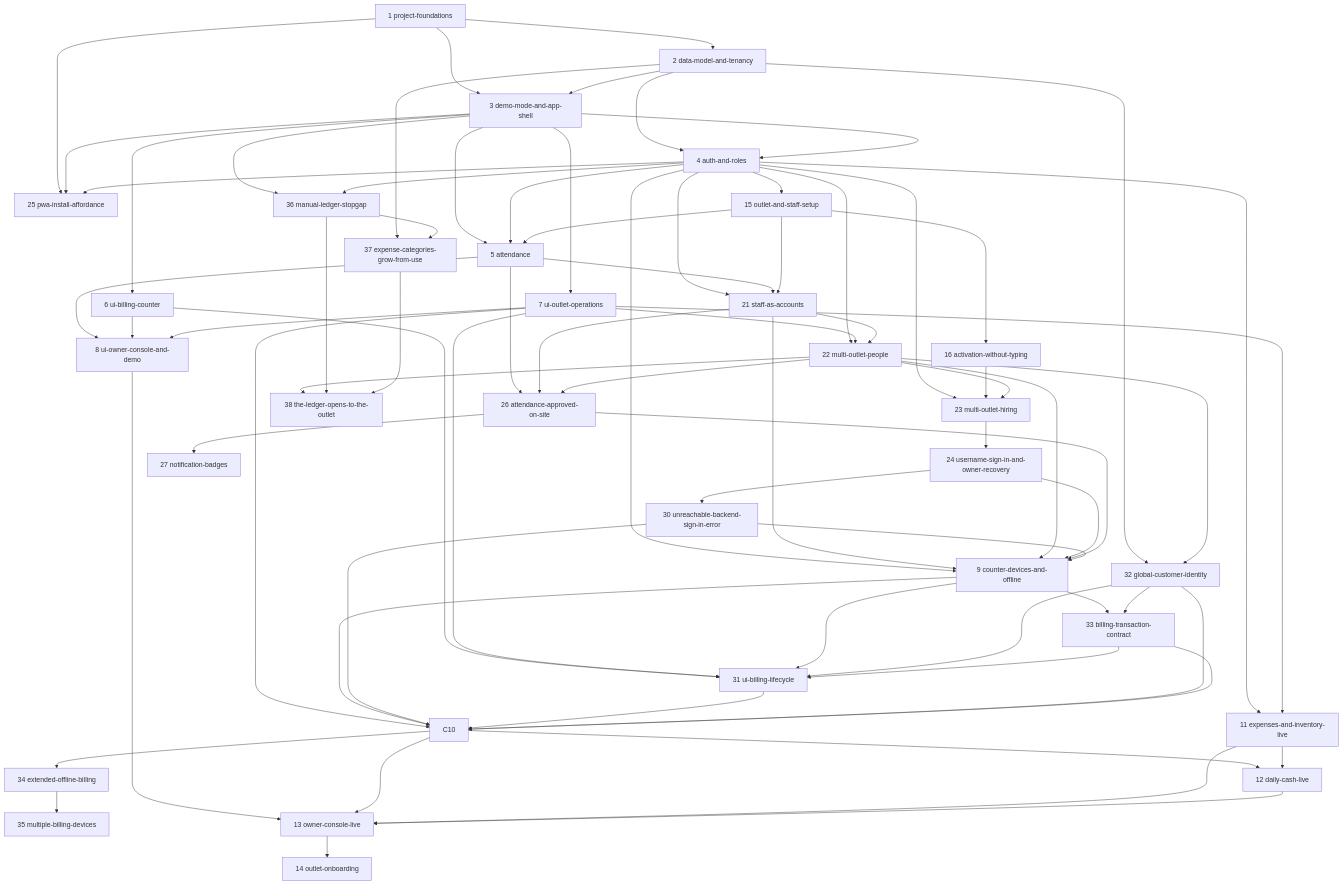
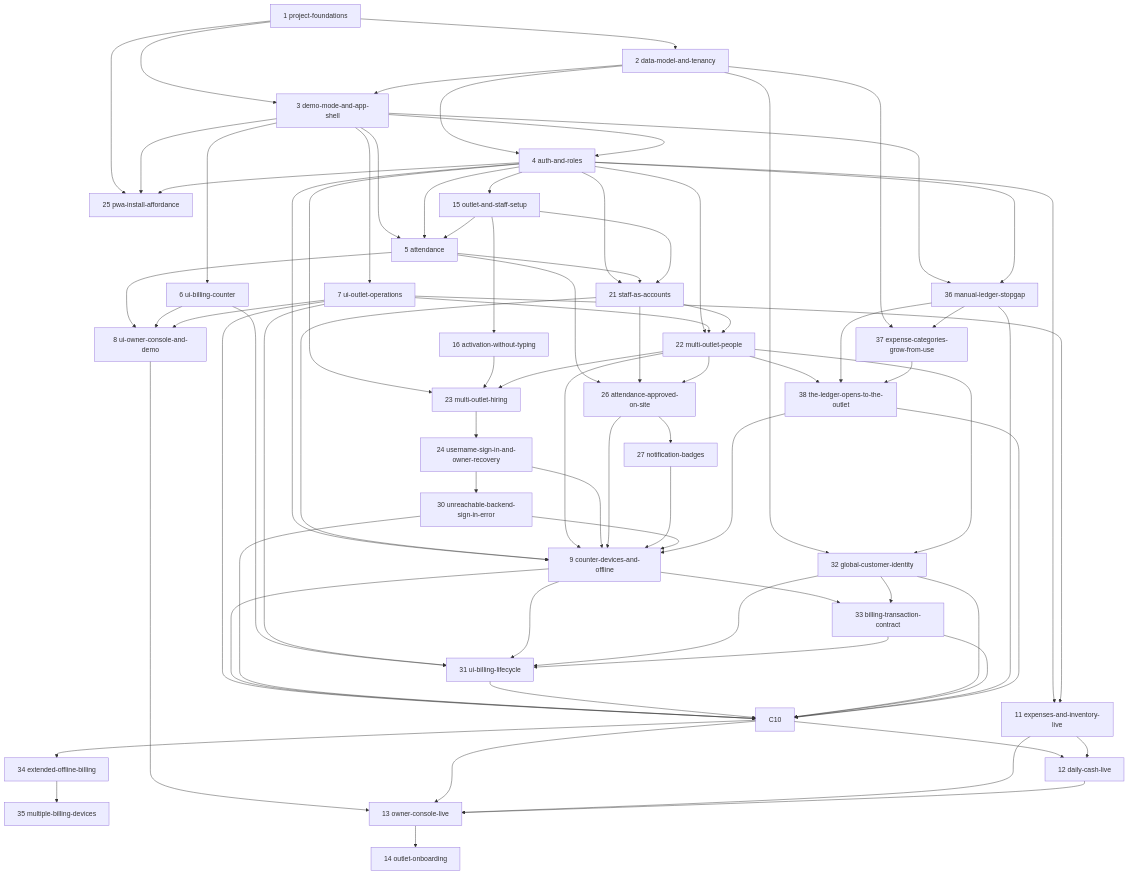
One commit to abdatta/shawarmania-ops changed the diagram in openspec/changes/ROADMAP.md. Above: the diagram before and after it, drawn with Mermaid. The commit also changed other lines of this file and 45 other files, not shown here.

````diff
--- a/openspec/changes/ROADMAP.md
+++ b/openspec/changes/ROADMAP.md
@@ -142,75 +150,79 @@
 ```mermaid
 graph TD
     C1[1 project-foundations] --> C2[2 data-model-and-tenancy]
     C1 --> C3[3 demo-mode-and-app-shell]
     C2 --> C3
     C2 --> C4[4 auth-and-roles]
     C3 --> C4
     C1 --> C25[25 pwa-install-affordance]
     C3 --> C25
     C4 --> C25
     C3 --> C5[5 attendance]
     C4 --> C5
     C4 --> C15[15 outlet-and-staff-setup]
     C15 --> C5
     C15 --> C16[16 activation-without-typing]
     C3 --> C6[6 ui-billing-counter]
     C3 --> C7[7 ui-outlet-operations]
     C5 --> C8[8 ui-owner-console-and-demo]
     C6 --> C8
     C7 --> C8
     C4 --> C21[21 staff-as-accounts]
     C5 --> C21
     C15 --> C21
     C4 --> C22[22 multi-outlet-people]
     C7 --> C22
     C21 --> C22
     C4 --> C23[23 multi-outlet-hiring]
     C16 --> C23
     C22 --> C23
     C23 --> C24[24 username-sign-in-and-owner-recovery]
     C5 --> C26[26 attendance-approved-on-site]
     C21 --> C26
     C22 --> C26
     C26 --> C27[27 notification-badges]
     C24 --> C30[30 unreachable-backend-sign-in-error]
     C2 --> C32[32 global-customer-identity]
     C22 --> C32
     C3 --> C36[36 manual-ledger-stopgap]
     C4 --> C36
     C2 --> C37[37 expense-categories-grow-from-use]
     C36 --> C37
     C22 --> C38[38 the-ledger-opens-to-the-outlet]
     C36 --> C38
     C37 --> C38
     C4 --> C9[9 counter-devices-and-offline]
     C21 --> C9
     C22 --> C9
     C24 --> C9
     C26 --> C9
+    C27 --> C9
     C30 --> C9
+    C38 --> C9
     C9 --> C33[33 billing-transaction-contract]
     C32 --> C33
     C6 --> C31[31 ui-billing-lifecycle]
     C7 --> C31
     C9 --> C31
     C32 --> C31
     C33 --> C31
     C7 --> C10
     C9 --> C10
     C30 --> C10
     C31 --> C10
     C32 --> C10
     C33 --> C10
+    C36 --> C10
+    C38 --> C10
     C10 --> C34[34 extended-offline-billing]
     C34 --> C35[35 multiple-billing-devices]
     C4 --> C11[11 expenses-and-inventory-live]
     C7 --> C11
     C10 --> C12[12 daily-cash-live]
     C11 --> C12
     C8 --> C13[13 owner-console-live]
     C10 --> C13
     C11 --> C13
     C12 --> C13
     C13 --> C14[14 outlet-onboarding]
 ```
````
